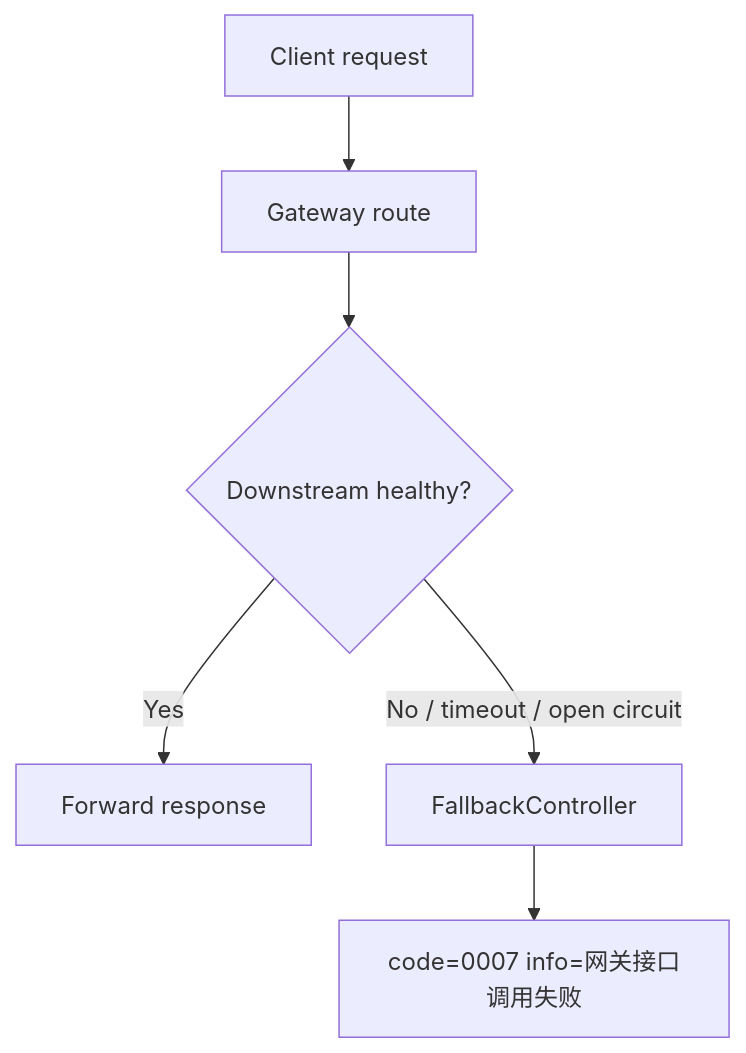
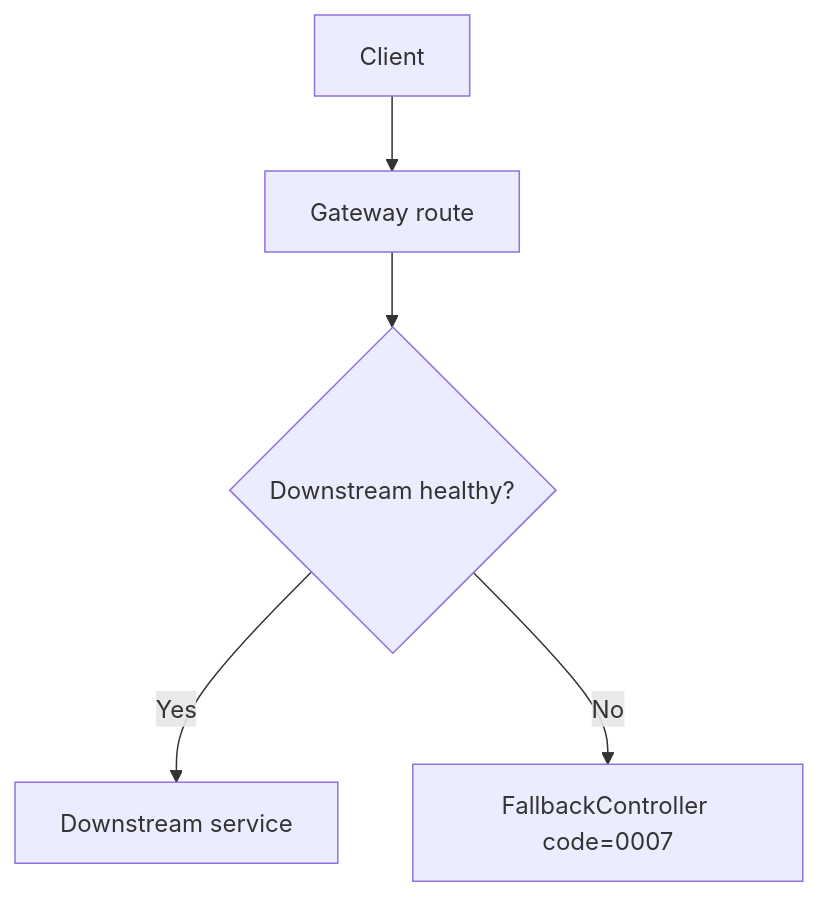
Before and after one commit to dyxnb22/big-market-ai-platform: the diagram in docs/learning/07-failure-degradation-and-resilience.md, drawn with Mermaid. The commit also changed other lines of this file and 129 other files, not shown here.

````diff
--- a/docs/learning/07-failure-degradation-and-resilience.md
+++ b/docs/learning/07-failure-degradation-and-resilience.md
@@ -14,8 +14,7 @@
 ```mermaid
 flowchart TD
-    A["Client request"] --> B["Gateway route"]
-    B --> C{"Downstream healthy?"}
-    C -->|Yes| D["Forward response"]
-    C -->|No / timeout / open circuit| E["FallbackController"]
-    E --> F["code=0007 info=网关接口调用失败"]
+    Client["Client"] --> Gateway["Gateway route"]
+    Gateway --> Healthy{"Downstream healthy?"}
+    Healthy -->|Yes| Service["Downstream service"]
+    Healthy -->|No| Fallback["FallbackController code=0007"]
 ```
````
